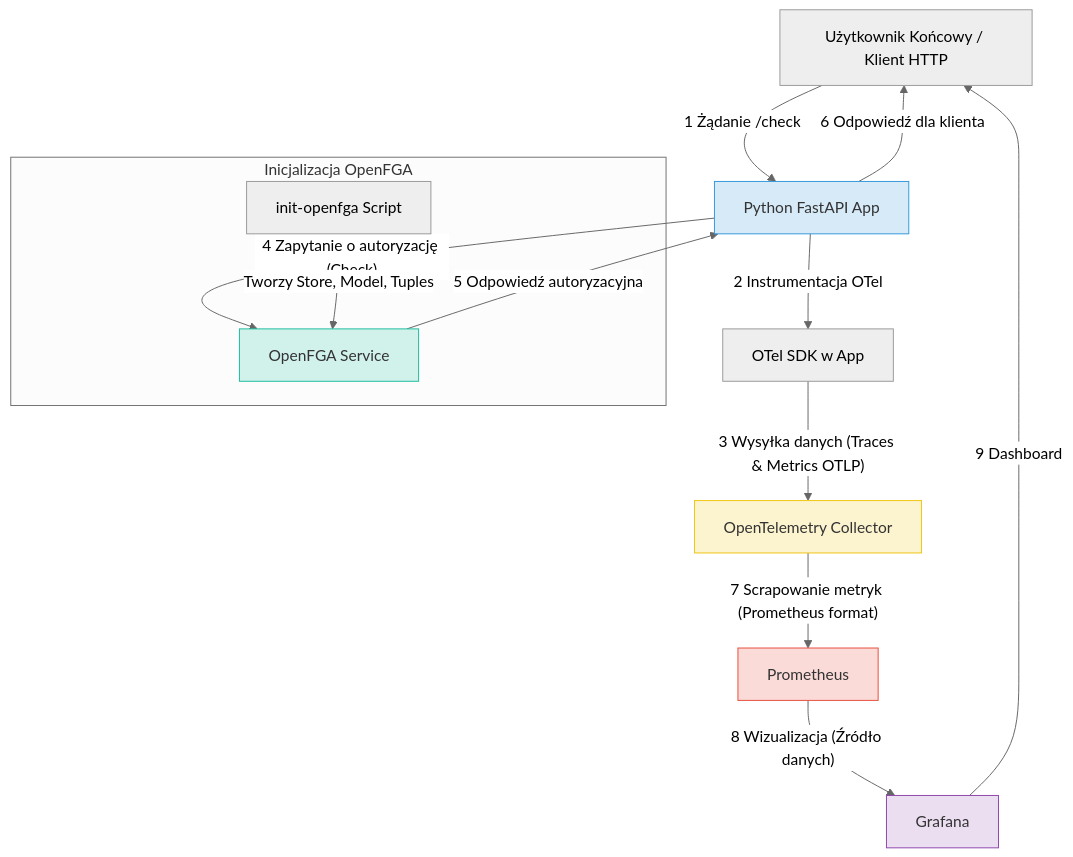
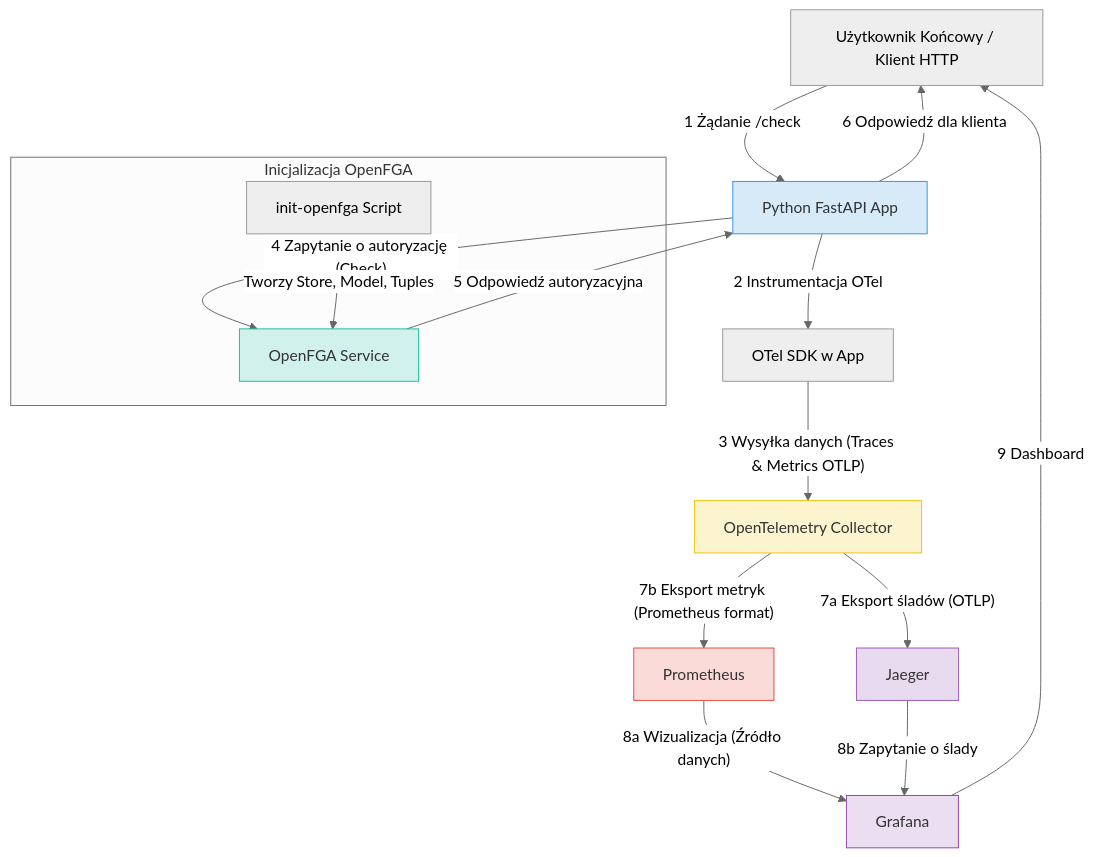
Before and after one commit to MatoKnap/Suu-OpenFGA-OTel: the diagram in README.md, drawn with Mermaid (neutral theme). The commit also changed other lines of this file and 4 other files, not shown here.

````diff
--- a/README.md
+++ b/README.md
@@ -125,29 +125,28 @@
 ```mermaid
 graph TD
    UserClient[Użytkownik Końcowy / Klient HTTP] -->|"1 Żądanie /check"| App[Python FastAPI App];
    App -->|"2 Instrumentacja OTel"| OTelSDK[OTel SDK w App];
    OTelSDK -->|"3 Wysyłka danych (Traces & Metrics OTLP)"| OTelCollector[OpenTelemetry Collector];
    App -->|"4 Zapytanie o autoryzację (Check)"| OpenFGA[OpenFGA Service];
    OpenFGA -->|"5 Odpowiedź autoryzacyjna"| App;
    App -->|"6 Odpowiedź dla klienta"| UserClient;
 
-   OTelCollector -->|"7 Scrapowanie metryk (Prometheus format)"| Prometheus[Prometheus];
-   Prometheus -->|"8 Wizualizacja (Źródło danych)"| Grafana[Grafana];
+   OTelCollector -->|"7a Eksport śladów (OTLP)"| Jaeger[Jaeger];
+   OTelCollector -->|"7b Eksport metryk (Prometheus format)"| Prometheus[Prometheus];
+   
+   Prometheus -->|"8a Wizualizacja (Źródło danych)"| Grafana[Grafana];
+   Jaeger -->|"8b Zapytanie o ślady"| Grafana;
+   
    Grafana -->|"9 Dashboard"| UserClient;
 
    subgraph "Inicjalizacja OpenFGA"
       InitOpenFGA[init-openfga Script] --"Tworzy Store, Model, Tuples"--> OpenFGA;
    end
 
-%%   subgraph "Backendy Obserwowalności (opcjonalnie Jaeger)"
-%%      OTelCollector -->|"3a (Opcjonalnie) Eksport śladów (Ślady OTLP)"| Jaeger[Jaeger];
-%%      Jaeger --"Wizualizacja śladów"--> UserClient;
-%%   end
-
    style App fill:#D6EAF8,stroke:#3498DB,color:#333
    style OpenFGA fill:#D1F2EB,stroke:#1ABC9C,color:#333
    style OTelCollector fill:#FCF3CF,stroke:#F1C40F,color:#333
    style Prometheus fill:#FADBD8,stroke:#E74C3C,color:#333
    style Grafana fill:#EBDEF0,stroke:#8E44AD,color:#333
-%%   style Jaeger fill:#E8DAEF,stroke:#9B59B6,color:#333
+   style Jaeger fill:#E8DAEF,stroke:#9B59B6,color:#333
 ```
````
